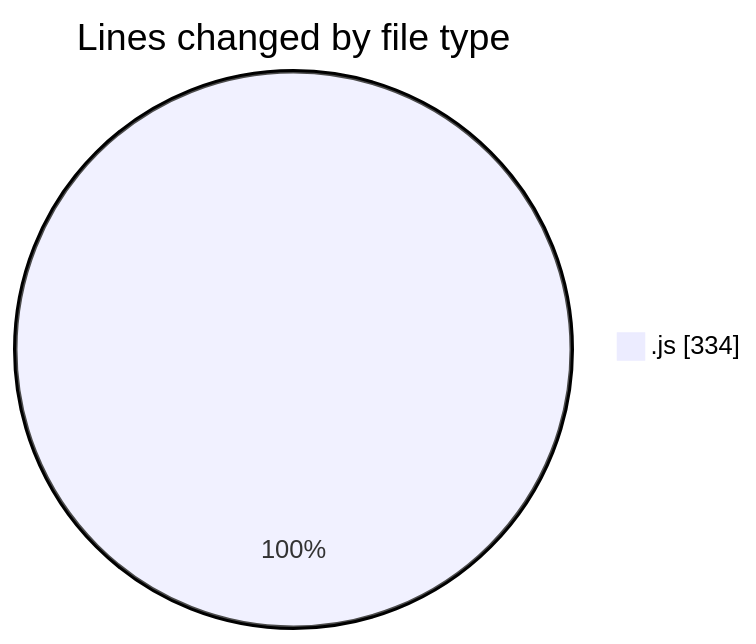
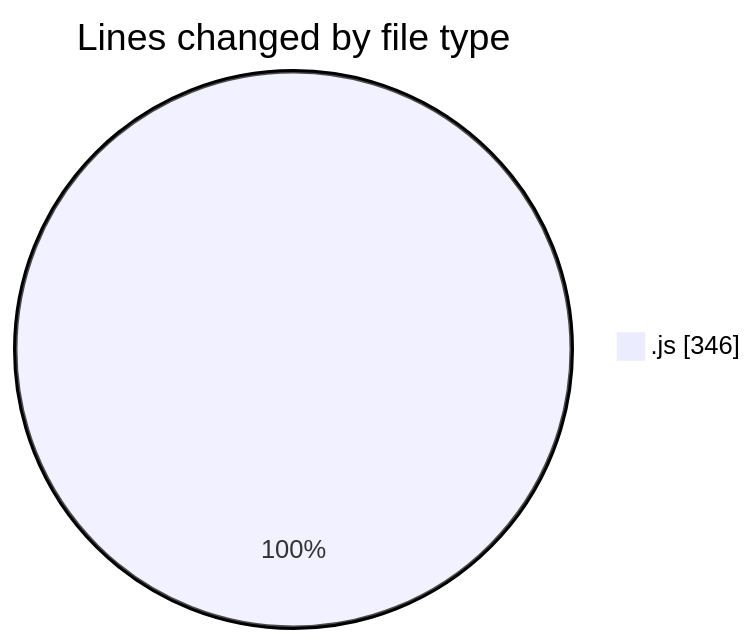
Before and after one commit to nxtqubesakshisongat/code-tracking: the first of 2 diagrams in 2025-04-08/nxtqube_webapp/README.md, drawn with Mermaid. The commit also changed other lines of this file and 1 other file, not shown here.

````diff
--- a/2025-04-08/nxtqube_webapp/README.md
+++ b/2025-04-08/nxtqube_webapp/README.md
@@ -20,5 +20,5 @@
 ```mermaid
 pie showData
 title Lines changed by file type
-".js" : 334
+".js" : 346
 ```
````
